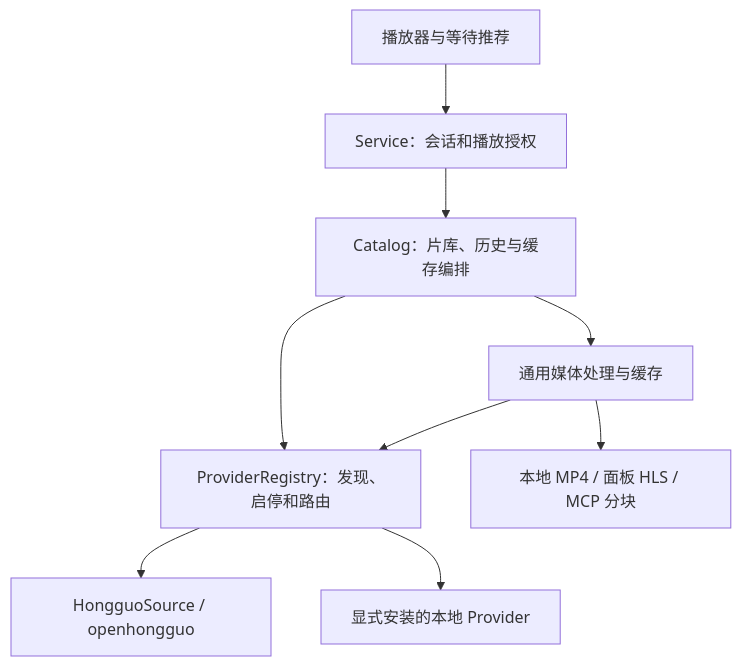
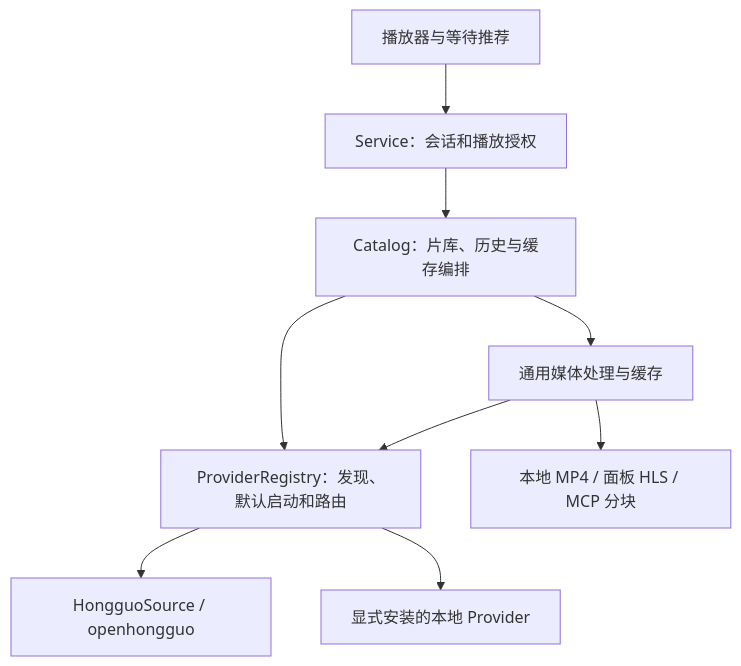
Before and after one commit to mreasonyang/codex-hongguo: the diagram in docs/design/video-source-adapters.md, drawn with Mermaid. The commit also changed other lines of this file and 28 other files, not shown here.

````diff
--- a/docs/design/video-source-adapters.md
+++ b/docs/design/video-source-adapters.md
@@ -7,11 +7,11 @@
 ```mermaid
 flowchart TD
   UI[播放器与等待推荐] --> S[Service：会话和播放授权]
   S --> C[Catalog：片库、历史与缓存编排]
-  C --> R[ProviderRegistry：发现、启停和路由]
+  C --> R[ProviderRegistry：发现、默认启动和路由]
   R --> H[HongguoSource / openhongguo]
   R --> P[显式安装的本地 Provider]
   C --> M[通用媒体处理与缓存]
   M --> R
   M --> F[本地 MP4 / 面板 HLS / MCP 分块]
 ```
````
